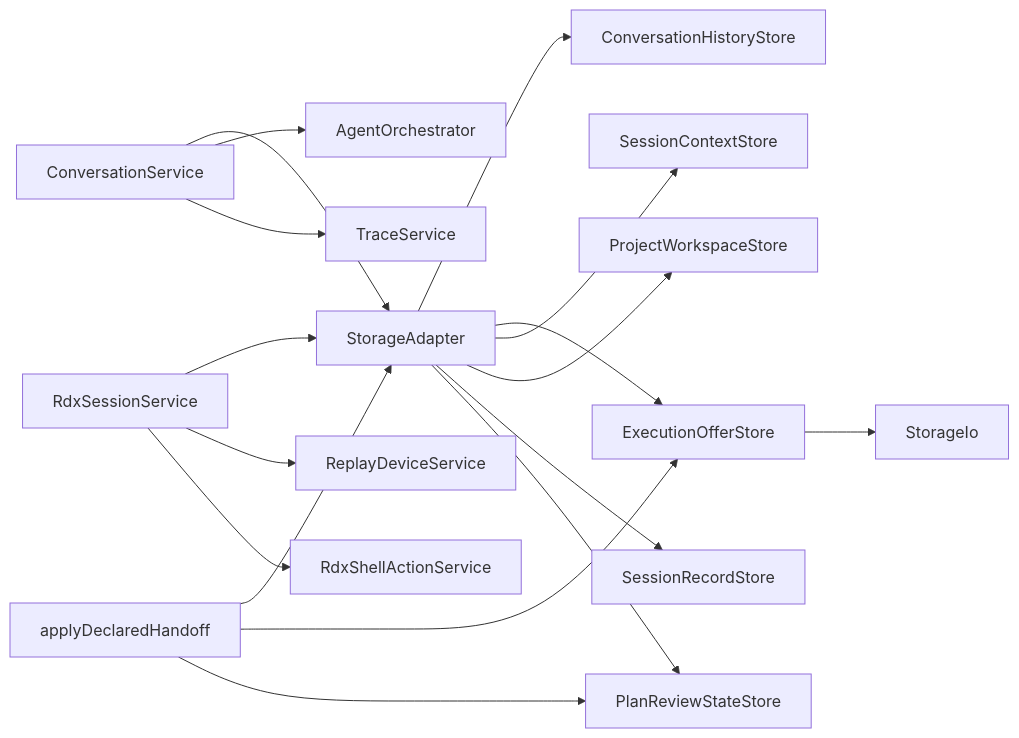
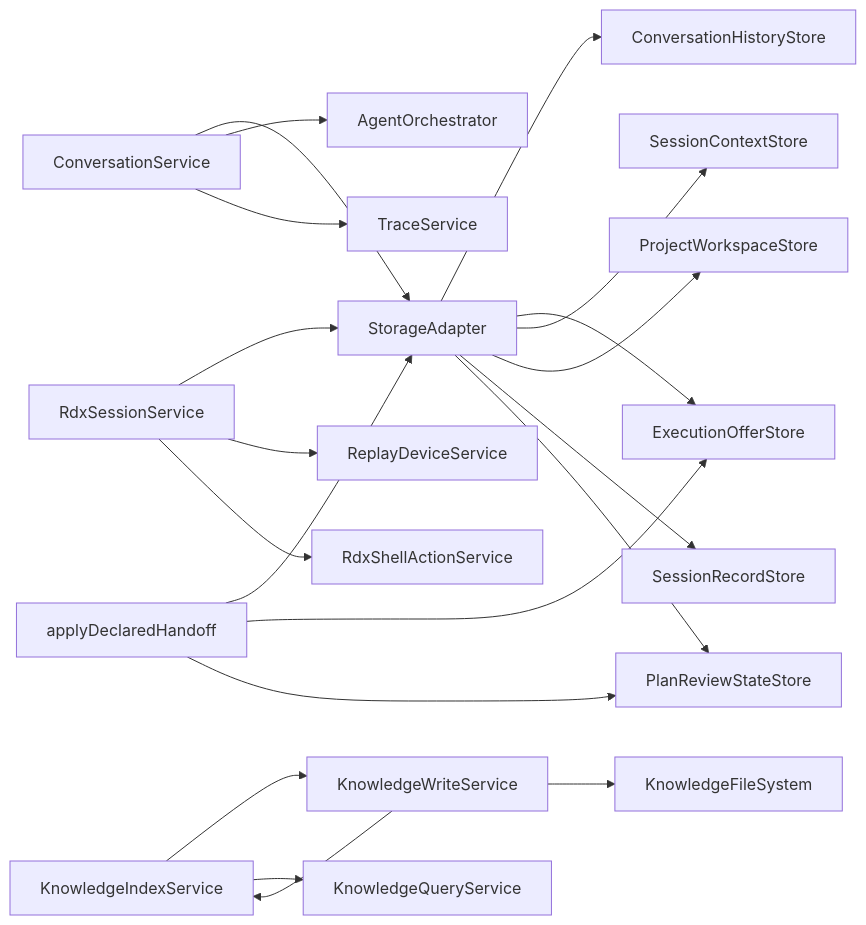
One commit to haolange/RDC-Agent changed the ninth of 9 diagrams in .qoder/repowiki/zh/content/核心模块/会话管理系统/会话管理系统.md. Above: the diagram before and after it, drawn with Mermaid. The commit also changed other lines of this file and 6 other files, not shown here.

````diff
--- a/.qoder/repowiki/zh/content/核心模块/会话管理系统/会话管理系统.md
+++ b/.qoder/repowiki/zh/content/核心模块/会话管理系统/会话管理系统.md
@@ -381,19 +463,22 @@
 ```mermaid
 graph LR
 CS["ConversationService"] --> SA["StorageAdapter"]
 CS --> AO["AgentOrchestrator"]
 CS --> TS["TraceService"]
 RS["RdxSessionService"] --> SA
 RS --> RDS["ReplayDeviceService"]
 RS --> RSA["RdxShellActionService"]
 SA --> CHS["ConversationHistoryStore"]
 SA --> EOS["ExecutionOfferStore"]
 SA --> SCJ["SessionContextStore"]
 SA --> PWS["ProjectWorkspaceStore"]
 SA --> SRS["SessionRecordStore"]
 SA --> PRS["PlanReviewStateStore"]
 ADH["applyDeclaredHandoff"] --> SA
 ADH --> EOS
 ADH --> PRS
-EOS --> SIO["StorageIo"]
+KIS["KnowledgeImportService"] --> KWS["KnowledgeWriteService"]
+KIS --> KQS["KnowledgeQueryService"]
+KWS --> KIS["KnowledgeIndexService"]
+KWS --> KFS["KnowledgeFileSystem"]
 ```
````
